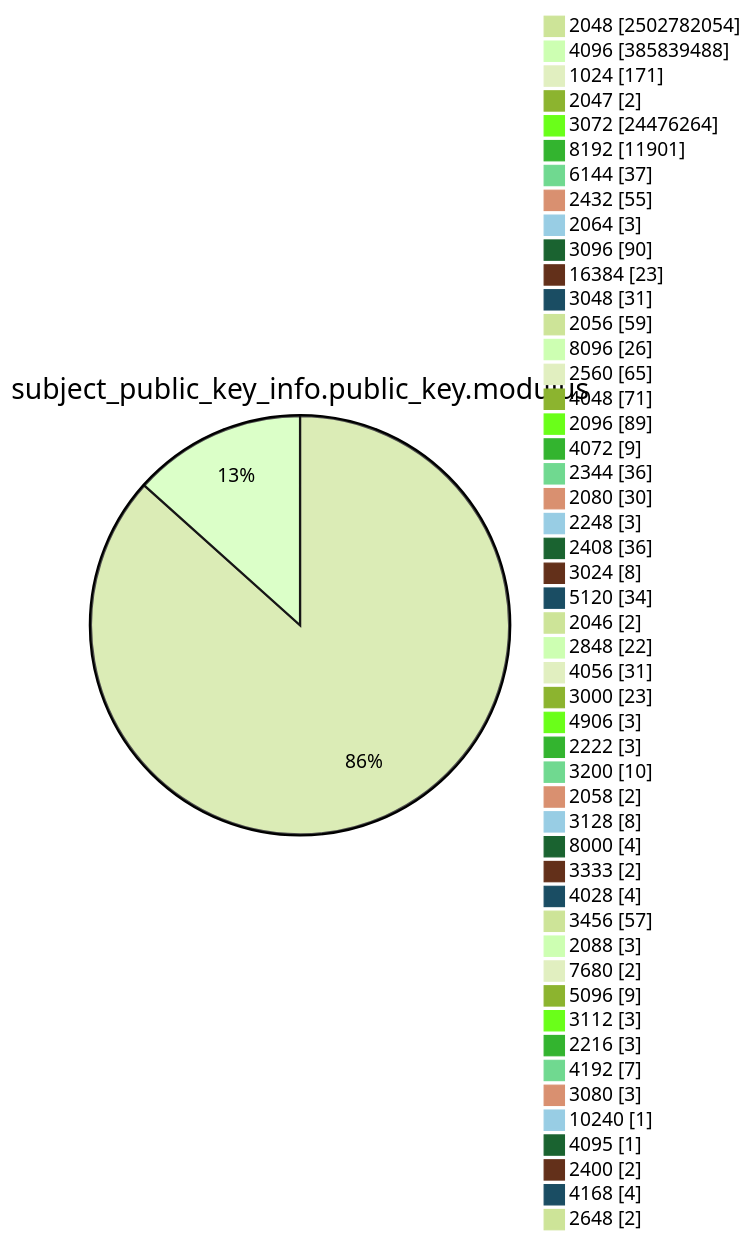
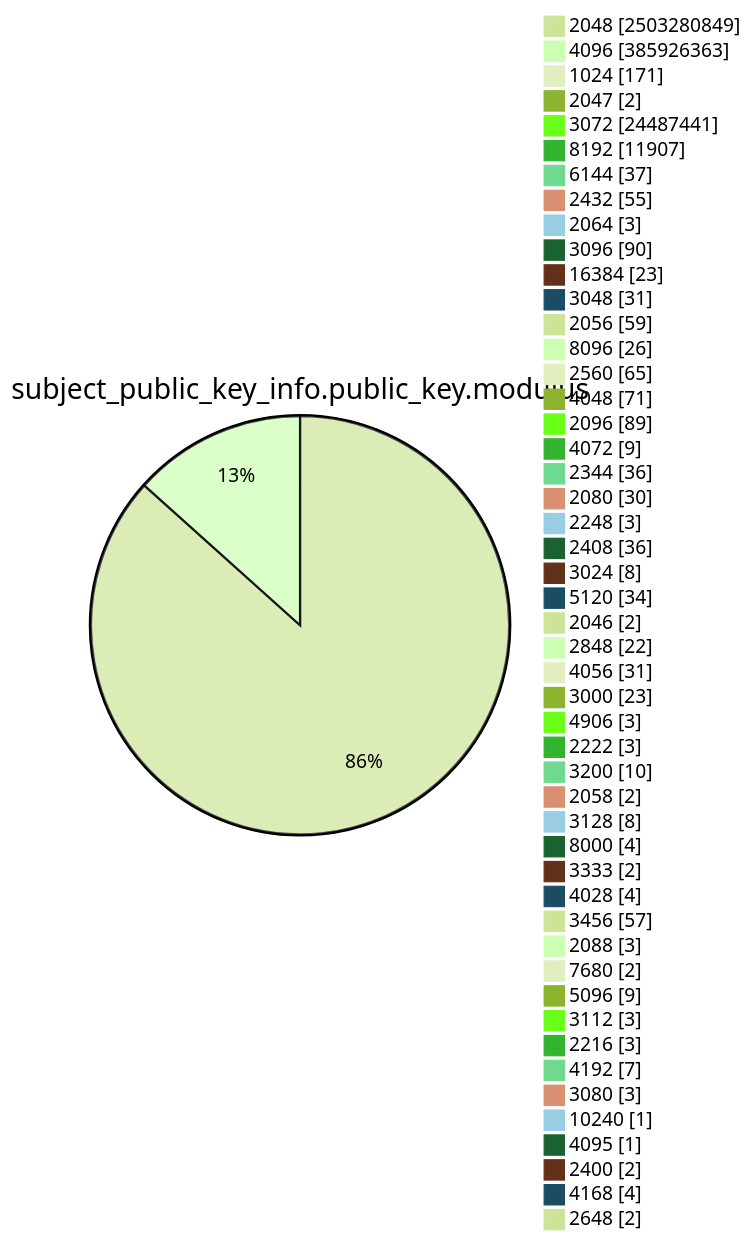
Before and after one commit to christiankrug/ctmonitor_visualization: diagram 13 of 15 in TOTAL/README.md, drawn with Mermaid (forest theme). The commit also changed other lines of this file, not shown here.

````diff
--- a/TOTAL/README.md
+++ b/TOTAL/README.md
@@ -4169,53 +4169,53 @@
 ```mermaid
 pie showData
 title subject_public_key_info.public_key.modulus
-"2048" :2502782054
-"4096" :385839488
+"2048" :2503280849
+"4096" :385926363
 "1024" :171
 "2047" :2
-"3072" :24476264
-"8192" :11901
+"3072" :24487441
+"8192" :11907
 "6144" :37
 "2432" :55
 "2064" :3
 "3096" :90
 "16384" :23
 "3048" :31
 "2056" :59
 "8096" :26
 "2560" :65
 "4048" :71
 "2096" :89
 "4072" :9
 "2344" :36
 "2080" :30
 "2248" :3
 "2408" :36
 "3024" :8
 "5120" :34
 "2046" :2
 "2848" :22
 "4056" :31
 "3000" :23
 "4906" :3
 "2222" :3
 "3200" :10
 "2058" :2
 "3128" :8
 "8000" :4
 "3333" :2
 "4028" :4
 "3456" :57
 "2088" :3
 "7680" :2
 "5096" :9
 "3112" :3
 "2216" :3
 "4192" :7
 "3080" :3
 "10240" :1
 "4095" :1
 "2400" :2
 "4168" :4
 "2648" :2
 ```
````
